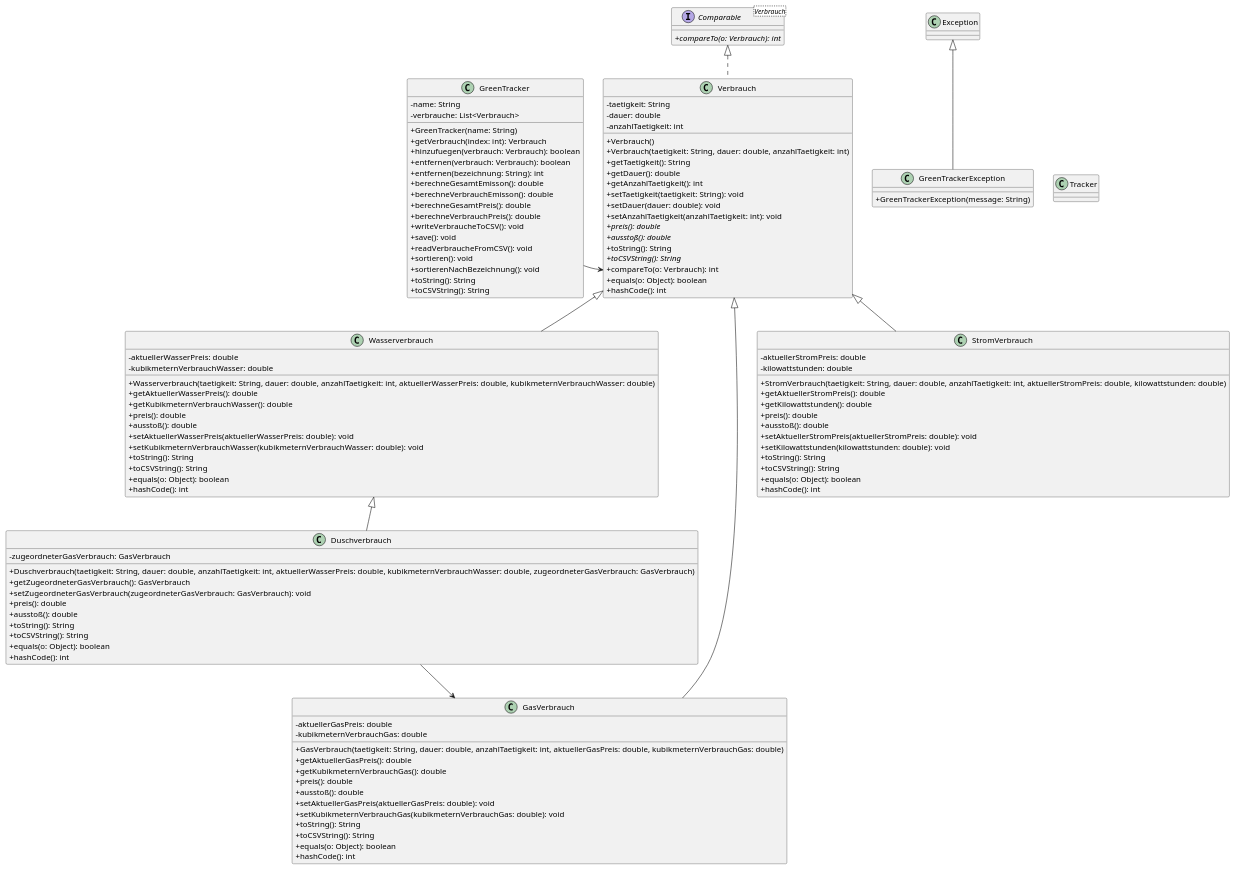
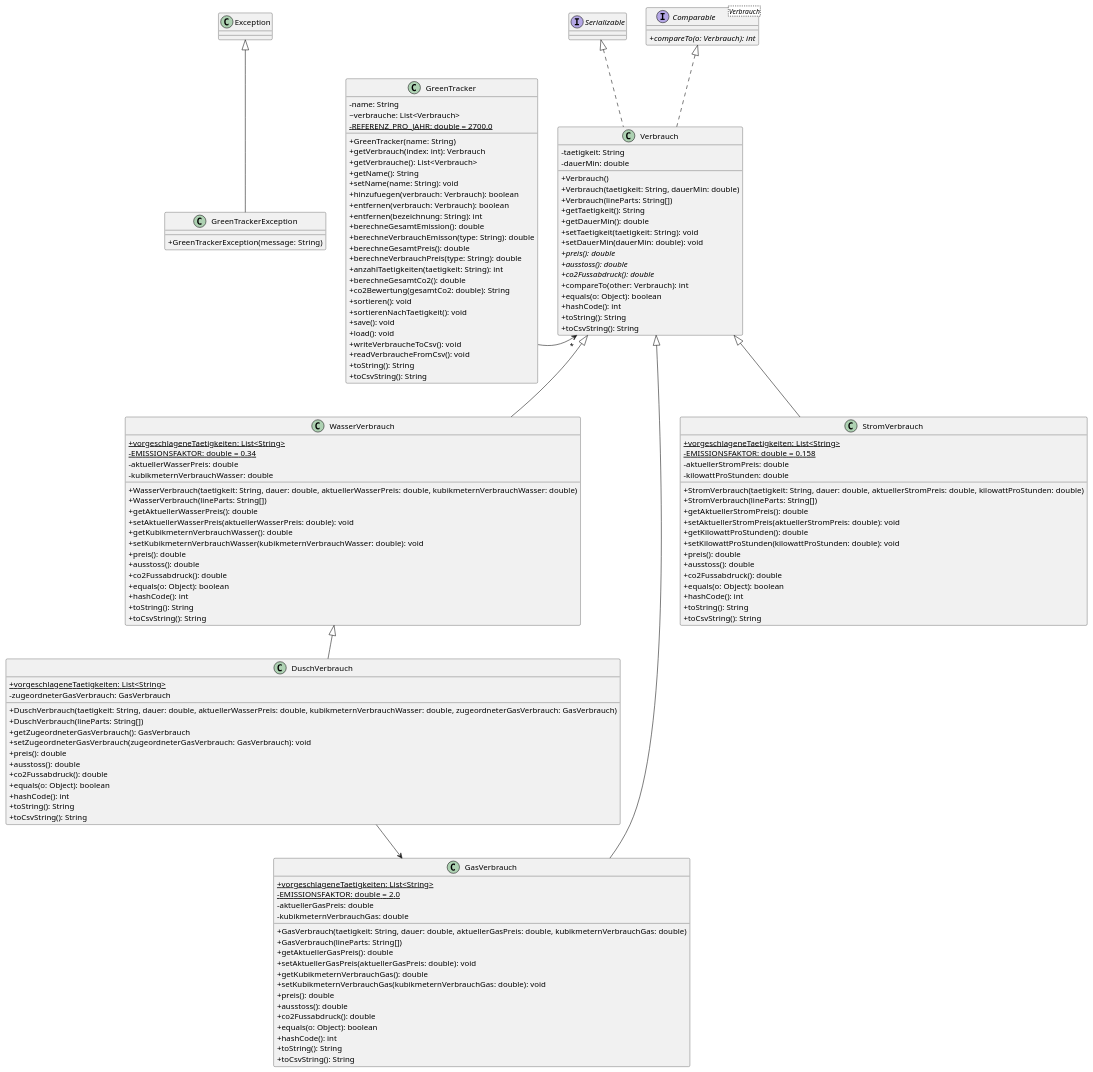
One commit to esquze/Green-Tracker changed the diagram in greentracker.puml. Above: the diagram before and after it, drawn with PlantUML. The commit also changed 190 other files, not shown here.

```diff
--- a/greentracker.puml
+++ b/greentracker.puml
@@ -1,144 +1,168 @@
 @startuml
 'https://plantuml.com/class-diagram
 
 skinparam classAttributeIconSize 0
 
 class GreenTrackerException
 {
 + GreenTrackerException(message: String)
 }
 
 Exception <|-- GreenTrackerException
 
-interface Comparable<Verbrauch>
+interface Serializable
+interface "Comparable<Verbrauch>" as Comparable
 {
 + {abstract} compareTo(o: Verbrauch): int
 }
 
+Serializable <|.. Verbrauch
 Comparable <|.. Verbrauch
 
 abstract class Verbrauch
 {
 - taetigkeit: String
-- dauer: double
-- anzahlTaetigkeit: int
+- dauerMin: double
 + Verbrauch()
-+ Verbrauch(taetigkeit: String, dauer: double, anzahlTaetigkeit: int)
++ Verbrauch(taetigkeit: String, dauerMin: double)
++ Verbrauch(lineParts: String[])
 + getTaetigkeit(): String
-+ getDauer(): double
-+ getAnzahlTaetigkeit(): int
++ getDauerMin(): double
 + setTaetigkeit(taetigkeit: String): void
-+ setDauer(dauer: double): void
-+ setAnzahlTaetigkeit(anzahlTaetigkeit: int): void
++ setDauerMin(dauerMin: double): void
 + {abstract} preis(): double
-+ {abstract} ausstoß(): double
-+ toString(): String
-+ {abstract} toCSVString(): String
-+ compareTo(o: Verbrauch): int
++ {abstract} ausstoss(): double
++ {abstract} co2Fussabdruck(): double
++ compareTo(other: Verbrauch): int
 + equals(o: Object): boolean
 + hashCode(): int
++ toString(): String
++ toCsvString(): String
 }
 
-class Wasserverbrauch extends Verbrauch
+class WasserVerbrauch extends Verbrauch
 {
++ {static} vorgeschlageneTaetigkeiten: List<String>
+- {static} EMISSIONSFAKTOR: double = 0.34
 - aktuellerWasserPreis: double
 - kubikmeternVerbrauchWasser: double
-+ Wasserverbrauch(taetigkeit: String, dauer: double, anzahlTaetigkeit: int, aktuellerWasserPreis: double, kubikmeternVerbrauchWasser: double)
++ WasserVerbrauch(taetigkeit: String, dauer: double, aktuellerWasserPreis: double, kubikmeternVerbrauchWasser: double)
++ WasserVerbrauch(lineParts: String[])
 + getAktuellerWasserPreis(): double
++ setAktuellerWasserPreis(aktuellerWasserPreis: double): void
 + getKubikmeternVerbrauchWasser(): double
++ setKubikmeternVerbrauchWasser(kubikmeternVerbrauchWasser: double): void
 + preis(): double
-+ ausstoß(): double
-+ setAktuellerWasserPreis(aktuellerWasserPreis: double): void
-+ setKubikmeternVerbrauchWasser(kubikmeternVerbrauchWasser: double): void
-+ toString(): String
-+ toCSVString(): String
++ ausstoss(): double
++ co2Fussabdruck(): double
 + equals(o: Object): boolean
 + hashCode(): int
++ toString(): String
++ toCsvString(): String
 }
 
 class GasVerbrauch extends Verbrauch
 {
++ {static} vorgeschlageneTaetigkeiten: List<String>
+- {static} EMISSIONSFAKTOR: double = 2.0
 - aktuellerGasPreis: double
 - kubikmeternVerbrauchGas: double
-+ GasVerbrauch(taetigkeit: String, dauer: double, anzahlTaetigkeit: int, aktuellerGasPreis: double, kubikmeternVerbrauchGas: double)
++ GasVerbrauch(taetigkeit: String, dauer: double, aktuellerGasPreis: double, kubikmeternVerbrauchGas: double)
++ GasVerbrauch(lineParts: String[])
 + getAktuellerGasPreis(): double
++ setAktuellerGasPreis(aktuellerGasPreis: double): void
 + getKubikmeternVerbrauchGas(): double
++ setKubikmeternVerbrauchGas(kubikmeternVerbrauchGas: double): void
 + preis(): double
-+ ausstoß(): double
-+ setAktuellerGasPreis(aktuellerGasPreis: double): void
-+ setKubikmeternVerbrauchGas(kubikmeternVerbrauchGas: double): void
-+ toString(): String
-+ toCSVString(): String
++ ausstoss(): double
++ co2Fussabdruck(): double
 + equals(o: Object): boolean
 + hashCode(): int
++ toString(): String
++ toCsvString(): String
 }
 
 class StromVerbrauch extends Verbrauch
 {
++ {static} vorgeschlageneTaetigkeiten: List<String>
+- {static} EMISSIONSFAKTOR: double = 0.158
 - aktuellerStromPreis: double
-- kilowattstunden: double
-+ StromVerbrauch(taetigkeit: String, dauer: double, anzahlTaetigkeit: int, aktuellerStromPreis: double, kilowattstunden: double)
+- kilowattProStunden: double
++ StromVerbrauch(taetigkeit: String, dauer: double, aktuellerStromPreis: double, kilowattProStunden: double)
++ StromVerbrauch(lineParts: String[])
 + getAktuellerStromPreis(): double
-+ getKilowattstunden(): double
++ setAktuellerStromPreis(aktuellerStromPreis: double): void
++ getKilowattProStunden(): double
++ setKilowattProStunden(kilowattProStunden: double): void
 + preis(): double
-+ ausstoß(): double
-+ setAktuellerStromPreis(aktuellerStromPreis: double): void
-+ setKilowattstunden(kilowattstunden: double): void
-+ toString(): String
-+ toCSVString(): String
++ ausstoss(): double
++ co2Fussabdruck(): double
 + equals(o: Object): boolean
 + hashCode(): int
++ toString(): String
++ toCsvString(): String
 }
 
-class Duschverbrauch extends Wasserverbrauch
+class DuschVerbrauch extends WasserVerbrauch
 {
++ {static} vorgeschlageneTaetigkeiten: List<String>
 - zugeordneterGasVerbrauch: GasVerbrauch
-+ Duschverbrauch(taetigkeit: String, dauer: double, anzahlTaetigkeit: int, aktuellerWasserPreis: double, kubikmeternVerbrauchWasser: double, zugeordneterGasVerbrauch: GasVerbrauch)
++ DuschVerbrauch(taetigkeit: String, dauer: double, aktuellerWasserPreis: double, kubikmeternVerbrauchWasser: double, zugeordneterGasVerbrauch: GasVerbrauch)
++ DuschVerbrauch(lineParts: String[])
 + getZugeordneterGasVerbrauch(): GasVerbrauch
 + setZugeordneterGasVerbrauch(zugeordneterGasVerbrauch: GasVerbrauch): void
 + preis(): double
-+ ausstoß(): double
-+ toString(): String
-+ toCSVString(): String
++ ausstoss(): double
++ co2Fussabdruck(): double
 + equals(o: Object): boolean
 + hashCode(): int
++ toString(): String
++ toCsvString(): String
 }
 
 class GreenTracker
 {
 - name: String
-- verbrauche: List<Verbrauch>
+~ verbrauche: List<Verbrauch>
+- {static} REFERENZ_PRO_JAHR: double = 2700.0
 + GreenTracker(name: String)
 + getVerbrauch(index: int): Verbrauch
++ getVerbrauche(): List<Verbrauch>
++ getName(): String
++ setName(name: String): void
 + hinzufuegen(verbrauch: Verbrauch): boolean
 + entfernen(verbrauch: Verbrauch): boolean
 + entfernen(bezeichnung: String): int
-+ berechneGesamtEmisson(): double
-+ berechneVerbrauchEmisson(): double
++ berechneGesamtEmission(): double
++ berechneVerbrauchEmisson(type: String): double
 + berechneGesamtPreis(): double
-+ berechneVerbrauchPreis(): double
-+ writeVerbraucheToCSV(): void
++ berechneVerbrauchPreis(type: String): double
++ anzahlTaetigkeiten(taetigkeit: String): int
++ berechneGesamtCo2(): double
++ co2Bewertung(gesamtCo2: double): String
++ sortieren(): void
++ sortierenNachTaetigkeit(): void
 + save(): void
-+ readVerbraucheFromCSV(): void
-+ sortieren(): void
-+ sortierenNachBezeichnung(): void
++ load(): void
++ writeVerbraucheToCsv(): void
++ readVerbraucheFromCsv(): void
 + toString(): String
-+ toCSVString(): String
++ toCsvString(): String
 }
 
-GreenTracker --> Verbrauch
-Duschverbrauch --> GasVerbrauch
+GreenTracker --> "*" Verbrauch
+DuschVerbrauch --> GasVerbrauch
 
 together {
 class Verbrauch
 class GreenTracker
 }
 GreenTracker -[hidden] Verbrauch
 
 together {
 class GreenTracker
 class GreenTrackerException
 }
-GreenTrackerException -[hidden] Tracker
+GreenTrackerException -[hidden] GreenTracker
 
 @enduml
```
